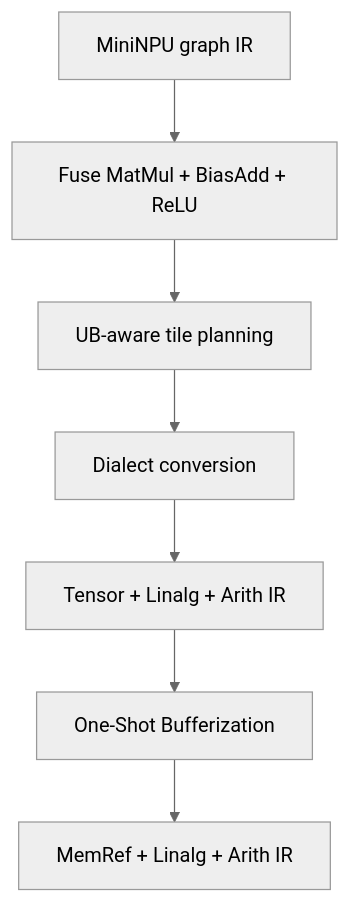
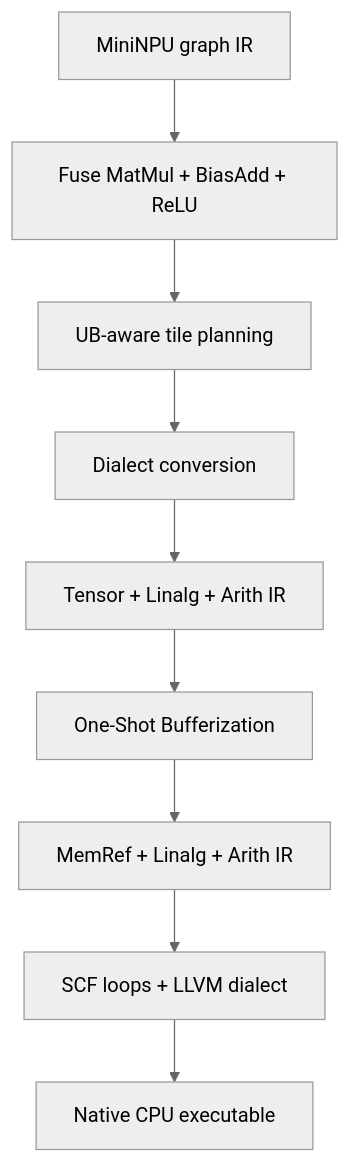
Before and after one commit to fuxiangdu/mininpu-compiler: the diagram in README.md, drawn with Mermaid (neutral theme). The commit also changed other lines of this file and 21 other files, not shown here.

Commit message:
feat: add native CPU execution through LLVM lowering

````diff
--- a/README.md
+++ b/README.md
@@ -18,9 +20,11 @@
 ```mermaid
 flowchart TD
     A["MiniNPU graph IR"] --> B["Fuse MatMul + BiasAdd + ReLU"]
     B --> C["UB-aware tile planning"]
     C --> D["Dialect conversion"]
     D --> E["Tensor + Linalg + Arith IR"]
     E --> F["One-Shot Bufferization"]
     F --> G["MemRef + Linalg + Arith IR"]
+    G --> H["SCF loops + LLVM dialect"]
+    H --> I["Native CPU executable"]
 ```
````
